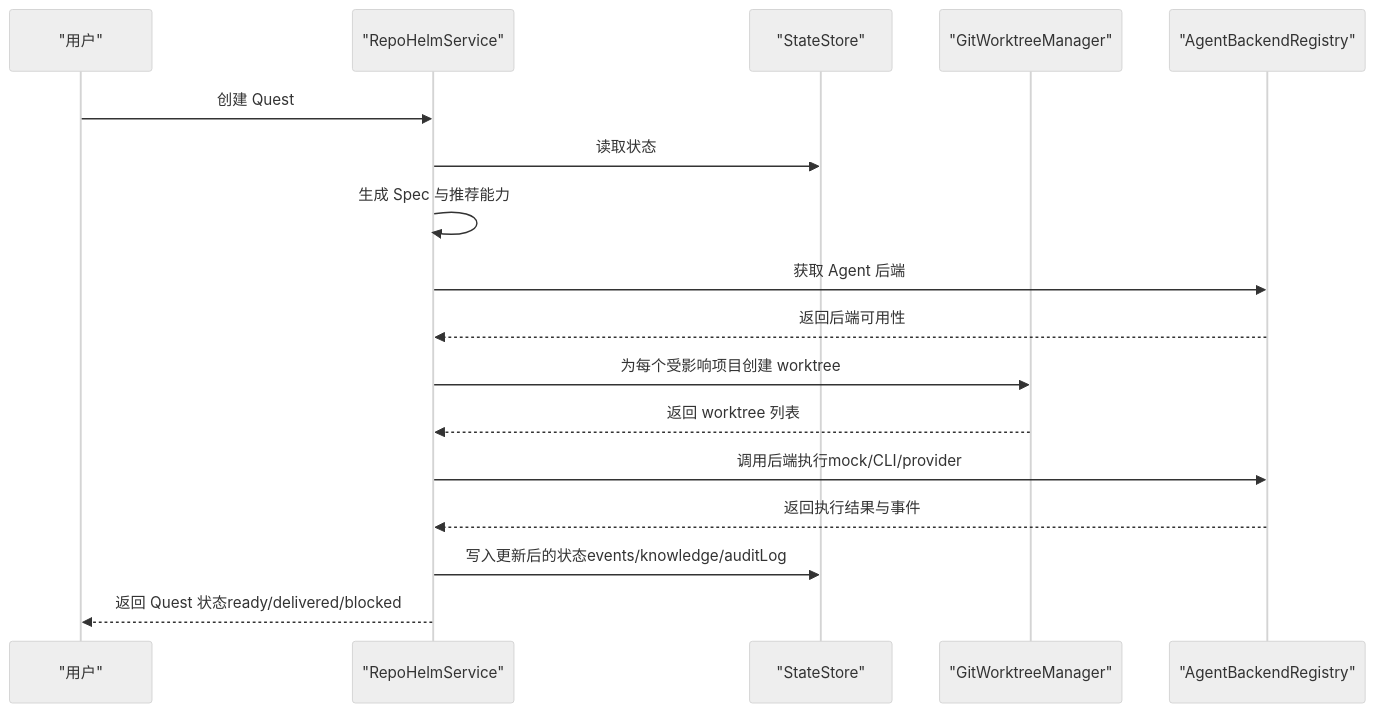
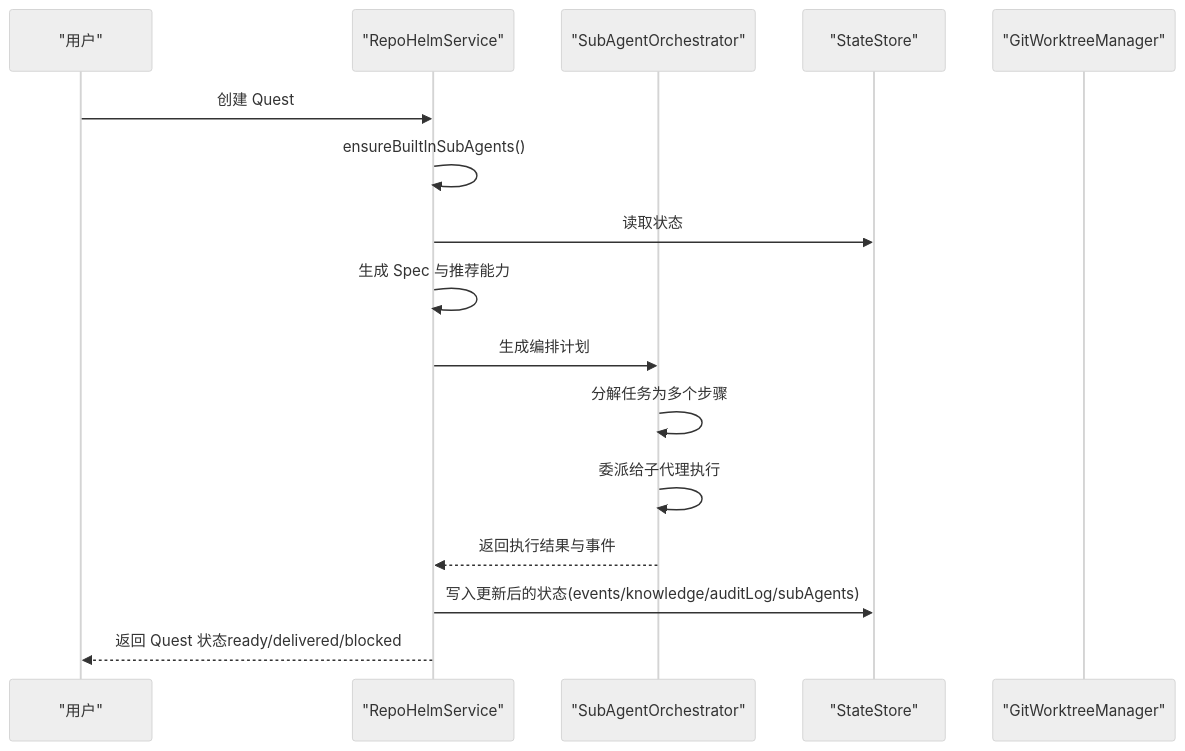
One commit to coconilu/RepoHelm changed the second of 7 diagrams in .qoder/repowiki/zh/content/核心服务模块/核心服务模块.md. Above: the diagram before and after it, drawn with Mermaid (neutral theme). The commit also changed other lines of this file and 15 other files, not shown here.

````diff
--- a/.qoder/repowiki/zh/content/核心服务模块/核心服务模块.md
+++ b/.qoder/repowiki/zh/content/核心服务模块/核心服务模块.md
@@ -122,19 +131,18 @@
 ```mermaid
 sequenceDiagram
 participant U as "用户"
 participant S as "RepoHelmService"
+participant O as "SubAgentOrchestrator"
 participant ST as "StateStore"
 participant G as "GitWorktreeManager"
-participant AR as "AgentBackendRegistry"
 U->>S : 创建 Quest
+S->>S : ensureBuiltInSubAgents()
 S->>ST : 读取状态
 S->>S : 生成 Spec 与推荐能力
-S->>AR : 获取 Agent 后端
-AR-->>S : 返回后端可用性
-S->>G : 为每个受影响项目创建 worktree
-G-->>S : 返回 worktree 列表
-S->>AR : 调用后端执行mock/CLI/provider
-AR-->>S : 返回执行结果与事件
-S->>ST : 写入更新后的状态events/knowledge/auditLog
+S->>O : 生成编排计划
+O->>O : 分解任务为多个步骤
+O->>O : 委派给子代理执行
+O-->>S : 返回执行结果与事件
+S->>ST : 写入更新后的状态(events/knowledge/auditLog/subAgents)
 S-->>U : 返回 Quest 状态ready/delivered/blocked
 ```
````
